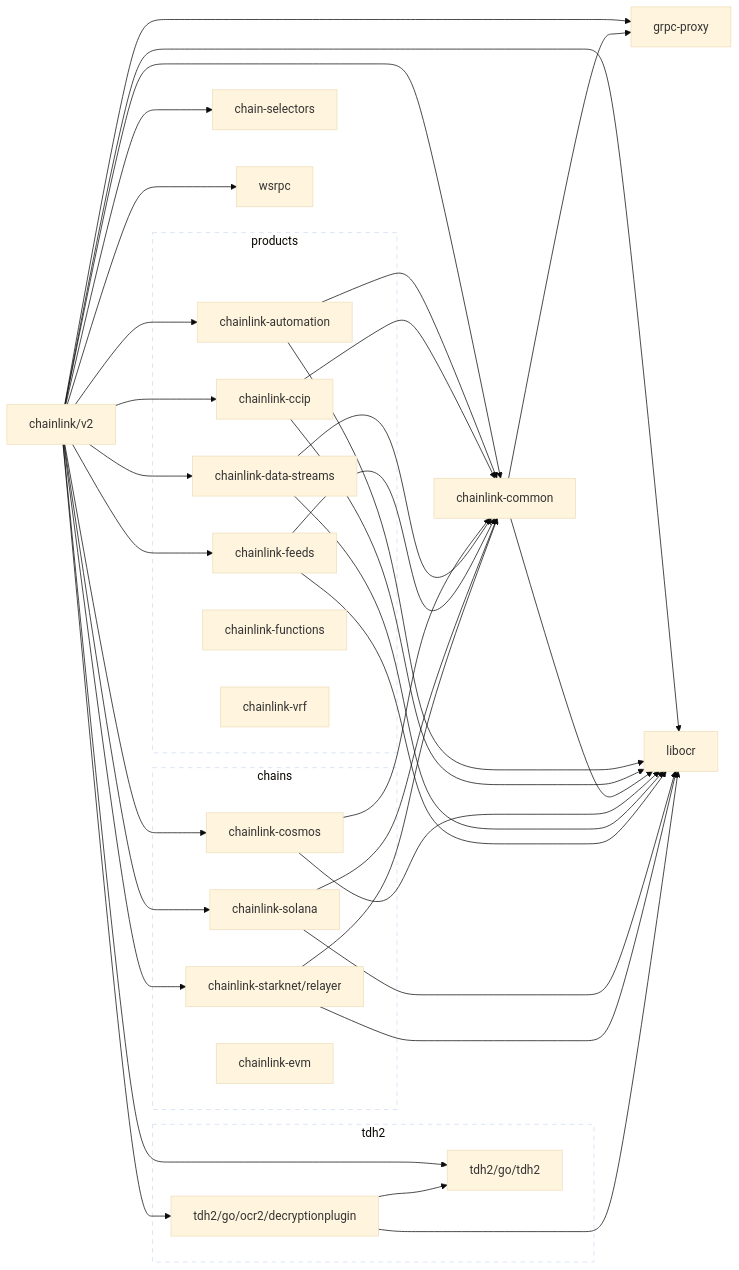
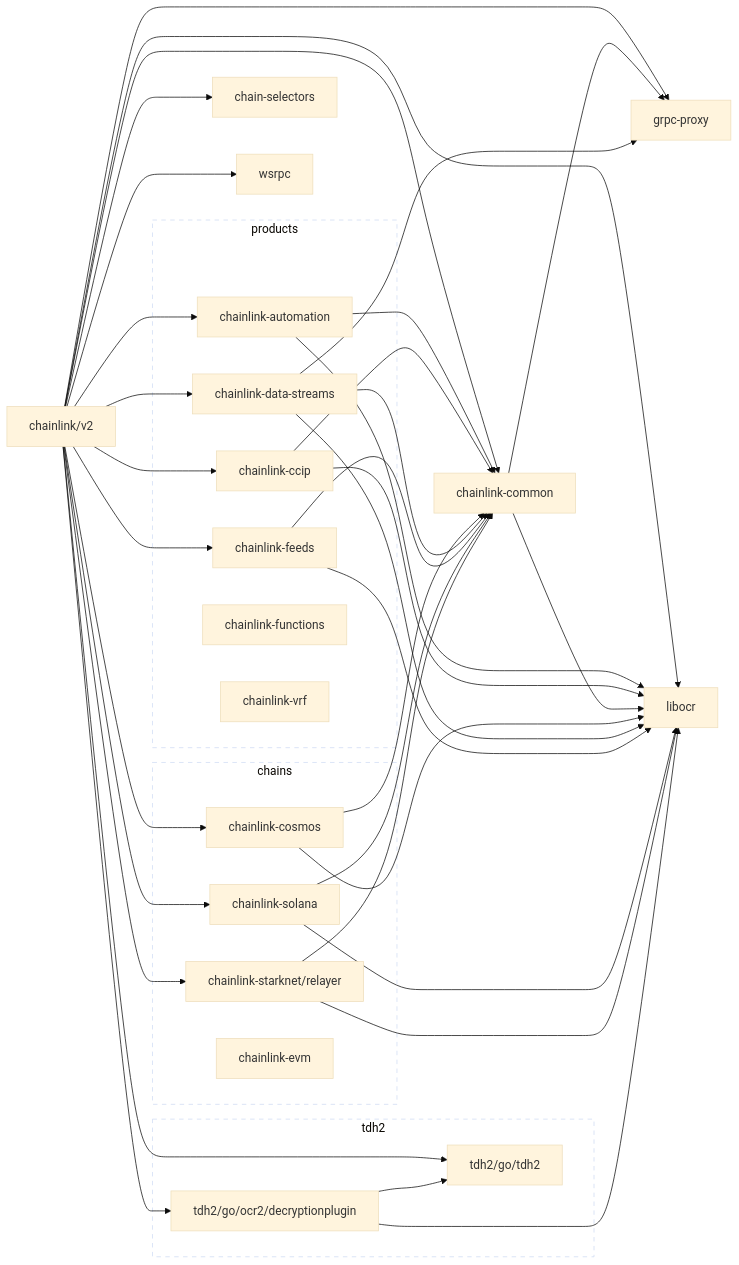
Before and after one commit to tcxcx/cats_dogs_memes95: the diagram in packages/solidity/lib/chainlink/go.md, drawn with Mermaid (base theme). The commit also changed 137 other files, not shown here.

````diff
--- a/packages/solidity/lib/chainlink/go.md
+++ b/packages/solidity/lib/chainlink/go.md
@@ -2,73 +2,74 @@
 ```mermaid
 flowchart LR
   subgraph chains
     chainlink-cosmos
     chainlink-solana
     chainlink-starknet/relayer
     chainlink-evm
   end
 
   subgraph products
     chainlink-automation
     chainlink-ccip
     chainlink-data-streams
     chainlink-feeds
     chainlink-functions
     chainlink-vrf
   end
 
   subgraph tdh2
     tdh2/go/tdh2
     tdh2/go/ocr2/decryptionplugin
   end
 
   classDef outline stroke-dasharray:6,fill:none;
   class chains,products,tdh2 outline
 
   chainlink/v2 --> chain-selectors
   click chain-selectors href "https://github.com/smartcontractkit/chain-selectors"
   chainlink/v2 --> chainlink-automation
   click chainlink-automation href "https://github.com/smartcontractkit/chainlink-automation"
   chainlink/v2 --> chainlink-ccip
   click chainlink-ccip href "https://github.com/smartcontractkit/chainlink-ccip"
   chainlink/v2 --> chainlink-common
   click chainlink-common href "https://github.com/smartcontractkit/chainlink-common"
   chainlink/v2 --> chainlink-cosmos
   click chainlink-cosmos href "https://github.com/smartcontractkit/chainlink-cosmos"
   chainlink/v2 --> chainlink-data-streams
   click chainlink-data-streams href "https://github.com/smartcontractkit/chainlink-data-streams"
   chainlink/v2 --> chainlink-feeds
   click chainlink-feeds href "https://github.com/smartcontractkit/chainlink-feeds"
   chainlink/v2 --> chainlink-solana
   click chainlink-solana href "https://github.com/smartcontractkit/chainlink-solana"
   chainlink/v2 --> chainlink-starknet/relayer
   click chainlink-starknet/relayer href "https://github.com/smartcontractkit/chainlink-starknet"
   chainlink/v2 --> grpc-proxy
   click grpc-proxy href "https://github.com/smartcontractkit/grpc-proxy"
   chainlink/v2 --> libocr
   click libocr href "https://github.com/smartcontractkit/libocr"
   chainlink/v2 --> tdh2/go/ocr2/decryptionplugin
   click tdh2/go/ocr2/decryptionplugin href "https://github.com/smartcontractkit/tdh2"
   chainlink/v2 --> tdh2/go/tdh2
   click tdh2/go/tdh2 href "https://github.com/smartcontractkit/tdh2"
   chainlink/v2 --> wsrpc
   click wsrpc href "https://github.com/smartcontractkit/wsrpc"
   chainlink-automation --> chainlink-common
   chainlink-automation --> libocr
   chainlink-ccip --> chainlink-common
   chainlink-ccip --> libocr
   chainlink-common --> grpc-proxy
   chainlink-common --> libocr
   chainlink-cosmos --> chainlink-common
   chainlink-cosmos --> libocr
   chainlink-data-streams --> chainlink-common
   chainlink-data-streams --> libocr
+  chainlink-data-streams --> grpc-proxy
   chainlink-feeds --> chainlink-common
   chainlink-feeds --> libocr
   chainlink-solana --> chainlink-common
   chainlink-solana --> libocr
   chainlink-starknet/relayer --> chainlink-common
   chainlink-starknet/relayer --> libocr
   tdh2/go/ocr2/decryptionplugin --> libocr
   tdh2/go/ocr2/decryptionplugin --> tdh2/go/tdh2
 ```
````
